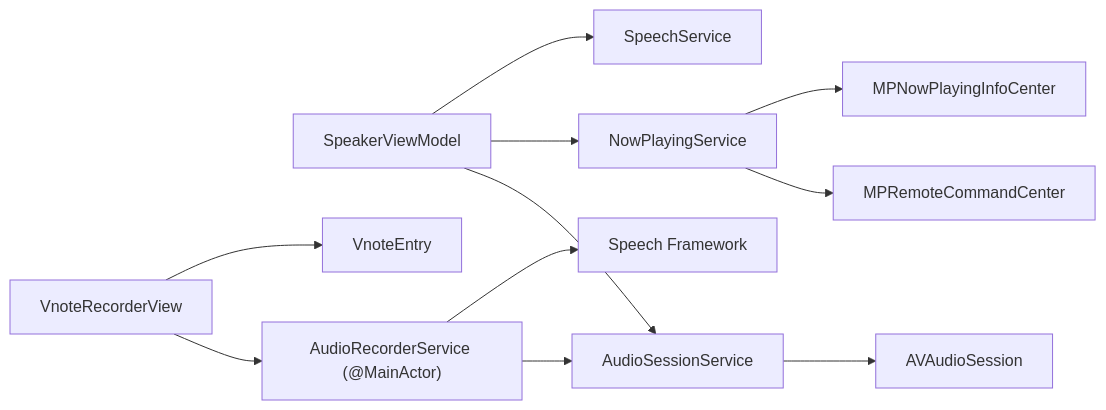
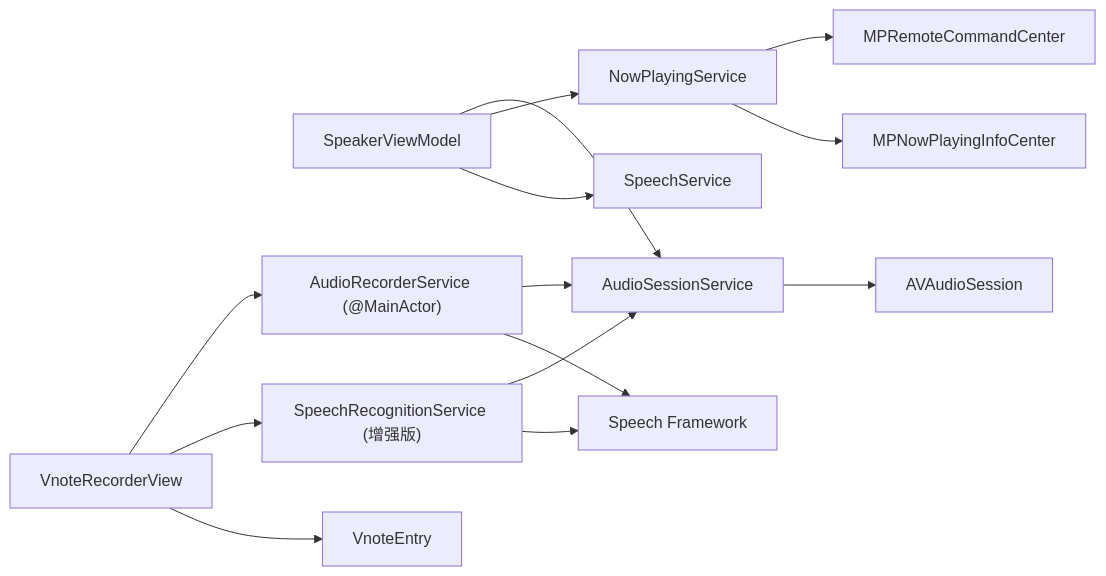
Diagram 13 of 13 in .qoder/repowiki/zh/content/系统集成/音频会话管理.md (Primoguo/Knowledge), drawn with Mermaid before and after one commit. The commit also changed other lines of this file and 23 other files, not shown here.

````diff
--- a/.qoder/repowiki/zh/content/系统集成/音频会话管理.md
+++ b/.qoder/repowiki/zh/content/系统集成/音频会话管理.md
@@ -517,13 +587,16 @@
 ```mermaid
 graph LR
 VM["SpeakerViewModel"] --> AS["AudioSessionService"]
 VM --> NP["NowPlayingService"]
 VM --> SP["SpeechService"]
 VR["VnoteRecorderView"] --> AR["AudioRecorderService (@MainActor)"]
+VR --> SR["SpeechRecognitionService (增强版)"]
 AR --> AS
+SR --> AS
 AS --> AVS["AVAudioSession"]
 NP --> MPC["MPRemoteCommandCenter"]
 NP --> MPI["MPNowPlayingInfoCenter"]
 AR --> Speech["Speech Framework"]
+SR --> Speech
 VR --> VnoteEntry["VnoteEntry"]
 ```
````
